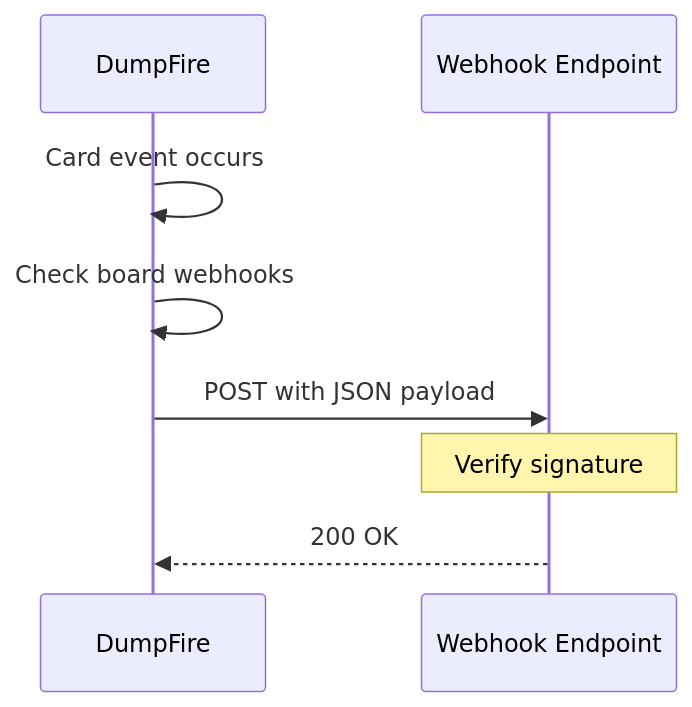
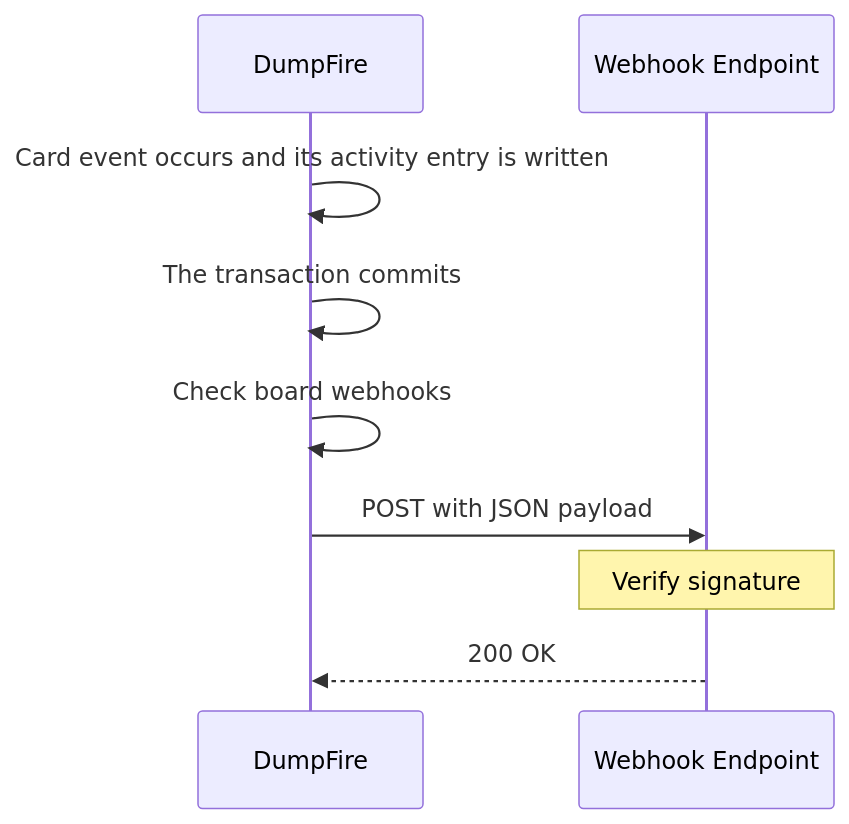
One commit to gitBoon/DumpFire changed diagram 12 of 12 in docs/notifications-email.md. Above: the diagram before and after it, drawn with Mermaid. The commit also changed other lines of this file and 317 other files, not shown here.

````diff
--- a/docs/notifications-email.md
+++ b/docs/notifications-email.md
@@ -209,11 +461,12 @@
 ```mermaid
 sequenceDiagram
     participant S as DumpFire
     participant W as Webhook Endpoint
 
-    S->>S: Card event occurs
+    S->>S: Card event occurs and its activity entry is written
+    S->>S: The transaction commits
     S->>S: Check board webhooks
     S->>W: POST with JSON payload
     Note over W: Verify signature
     W-->>S: 200 OK
 ```
````
